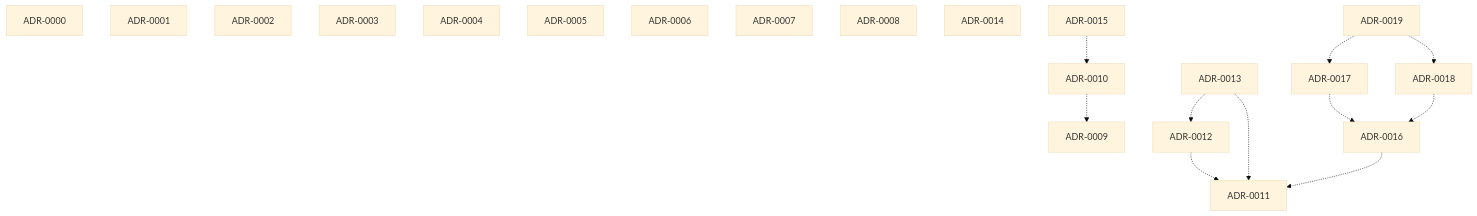
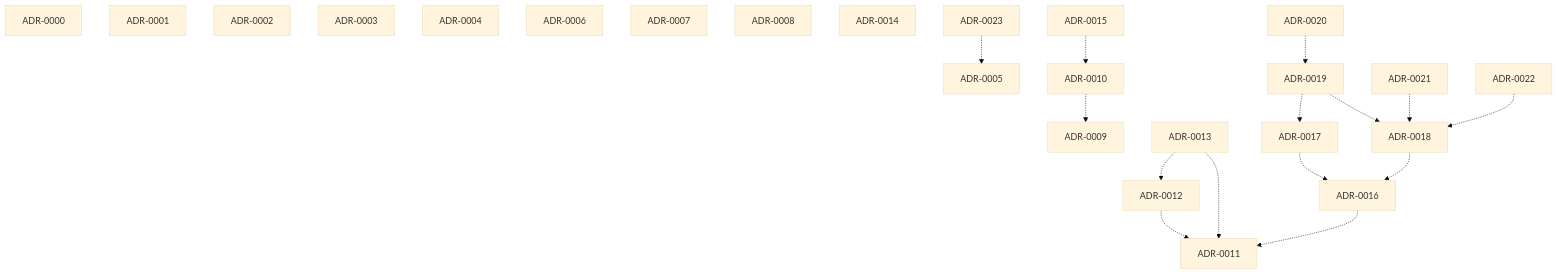
One commit to omnitech-solutions/omnitech-interview-answers-generator changed the diagram in bionic/adrs/lineage.md. Above: the diagram before and after it, drawn with Mermaid (base theme). The commit also changed other lines of this file and 763 other files, not shown here.

````diff
--- a/bionic/adrs/lineage.md
+++ b/bionic/adrs/lineage.md
@@ -9,33 +9,41 @@
 ```mermaid
 graph TD
   ADR_0000["ADR-0000"]
   ADR_0001["ADR-0001"]
   ADR_0002["ADR-0002"]
   ADR_0003["ADR-0003"]
   ADR_0004["ADR-0004"]
   ADR_0005["ADR-0005"]
   ADR_0006["ADR-0006"]
   ADR_0007["ADR-0007"]
   ADR_0008["ADR-0008"]
   ADR_0009["ADR-0009"]
   ADR_0010["ADR-0010"]
   ADR_0011["ADR-0011"]
   ADR_0012["ADR-0012"]
   ADR_0013["ADR-0013"]
   ADR_0014["ADR-0014"]
   ADR_0015["ADR-0015"]
   ADR_0016["ADR-0016"]
   ADR_0017["ADR-0017"]
   ADR_0018["ADR-0018"]
   ADR_0019["ADR-0019"]
+  ADR_0020["ADR-0020"]
+  ADR_0021["ADR-0021"]
+  ADR_0022["ADR-0022"]
+  ADR_0023["ADR-0023"]
   ADR_0010 -.-> ADR_0009
   ADR_0012 -.-> ADR_0011
   ADR_0013 -.-> ADR_0011
   ADR_0013 -.-> ADR_0012
   ADR_0015 -.-> ADR_0010
   ADR_0016 -.-> ADR_0011
   ADR_0017 -.-> ADR_0016
   ADR_0018 -.-> ADR_0016
   ADR_0019 -.-> ADR_0017
   ADR_0019 -.-> ADR_0018
+  ADR_0020 -.-> ADR_0019
+  ADR_0021 -.-> ADR_0018
+  ADR_0022 -.-> ADR_0018
+  ADR_0023 -.-> ADR_0005
 ```
````
